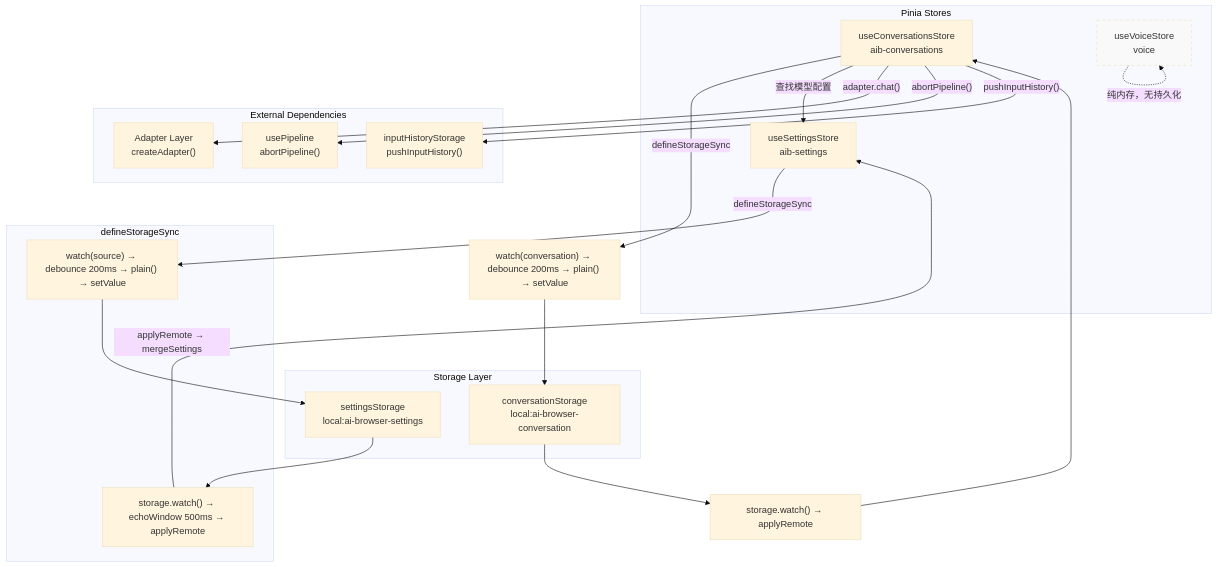
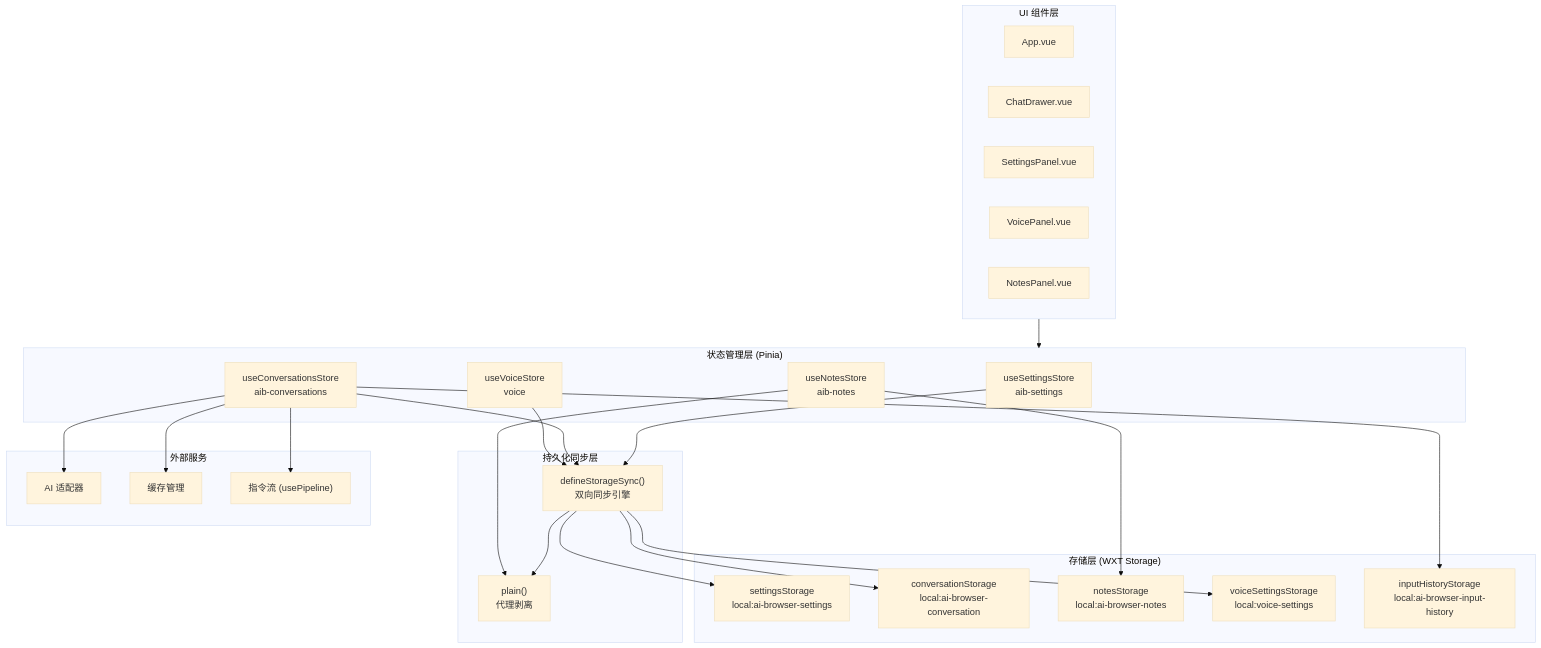
One commit to zw123zw/ai-browser changed the first of 10 diagrams in docs/architecture/state-management.md. Above: the diagram before and after it, drawn with Mermaid (base theme). The commit also changed other lines of this file and 12 other files, not shown here.

````diff
--- a/docs/architecture/state-management.md
+++ b/docs/architecture/state-management.md
@@ -36,43 +38,51 @@
 ```mermaid
 graph TB
-    subgraph "Pinia Stores"
+    subgraph UI["UI 组件层"]
+        App[App.vue]
+        Chat[ChatDrawer.vue]
+        Settings[SettingsPanel.vue]
+        Voice[VoicePanel.vue]
+        Notes[NotesPanel.vue]
+    end
+
+    subgraph Stores["状态管理层 (Pinia)"]
         SS["useSettingsStore<br/>aib-settings"]
         CS["useConversationsStore<br/>aib-conversations"]
+        NS["useNotesStore<br/>aib-notes"]
         VS["useVoiceStore<br/>voice"]
     end
 
-    subgraph "Storage Layer"
-        SS_Item["settingsStorage<br/>local:ai-browser-settings"]
-        CS_Item["conversationStorage<br/>local:ai-browser-conversation"]
+    subgraph Sync["持久化同步层"]
+        DSS["defineStorageSync()<br/>双向同步引擎"]
+        PL["plain()<br/>代理剥离"]
     end
 
-    subgraph "defineStorageSync"
-        DS["watch(source) → debounce 200ms → plain() → setValue"]
-        WS["storage.watch() → echoWindow 500ms → applyRemote"]
+    subgraph Storage["存储层 (WXT Storage)"]
+        STG_S["settingsStorage<br/>local:ai-browser-settings"]
+        STG_C["conversationStorage<br/>local:ai-browser-conversation"]
+        STG_N["notesStorage<br/>local:ai-browser-notes"]
+        STG_V["voiceSettingsStorage<br/>local:voice-settings"]
+        STG_IH["inputHistoryStorage<br/>local:ai-browser-input-history"]
     end
 
-    subgraph "External Dependencies"
-        AD["Adapter Layer<br/>createAdapter()"]
-        PL["usePipeline<br/>abortPipeline()"]
-        IH["inputHistoryStorage<br/>pushInputHistory()"]
+    subgraph External["外部服务"]
+        Adapter["AI 适配器"]
+        Cache["缓存管理"]
+        Pipeline["指令流 (usePipeline)"]
     end
 
-    SS -->|"defineStorageSync"| DS
-    DS --> SS_Item
-    SS_Item --> WS
-    WS -->|"applyRemote → mergeSettings"| SS
-
-    CS -->|"defineStorageSync"| DS2["watch(conversation) → debounce 200ms → plain() → setValue"]
-    DS2 --> CS_Item
-    CS_Item --> WS2["storage.watch() → applyRemote"]
-    WS2 --> CS
-
-    CS -->|"查找模型配置"| SS
-    CS -->|"adapter.chat()"| AD
-    CS -->|"abortPipeline()"| PL
-    CS -->|"pushInputHistory()"| IH
-
-    VS -.->|"纯内存，无持久化"| VS
-
-    style VS fill:#f9f9f9,stroke-dasharray: 5 5
+    UI --> Stores
+    SS --> DSS
+    CS --> DSS
+    VS --> DSS
+    DSS --> PL
+    DSS --> STG_S
+    DSS --> STG_C
+    DSS --> STG_V
+    NS --> PL
+    NS --> STG_N
+    CS --> Adapter
+    CS --> Cache
+    CS --> Pipeline
+    CS --> STG_IH
 ```
````
